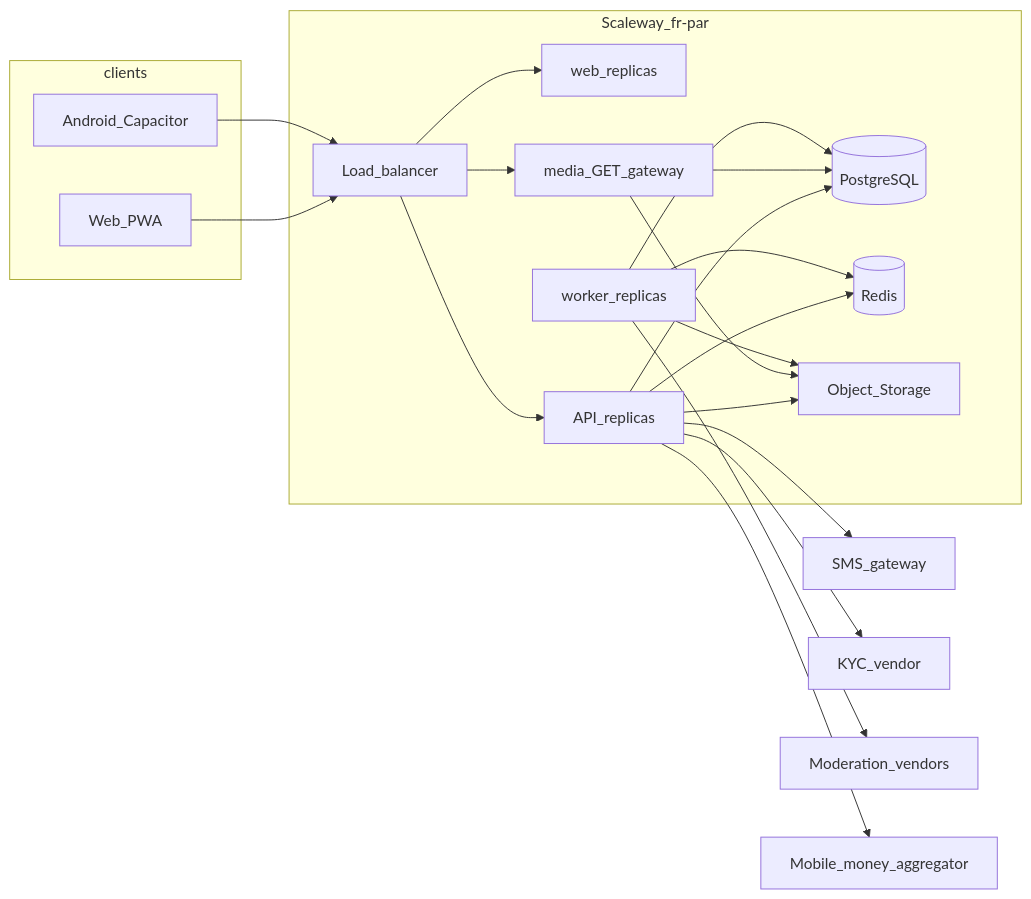
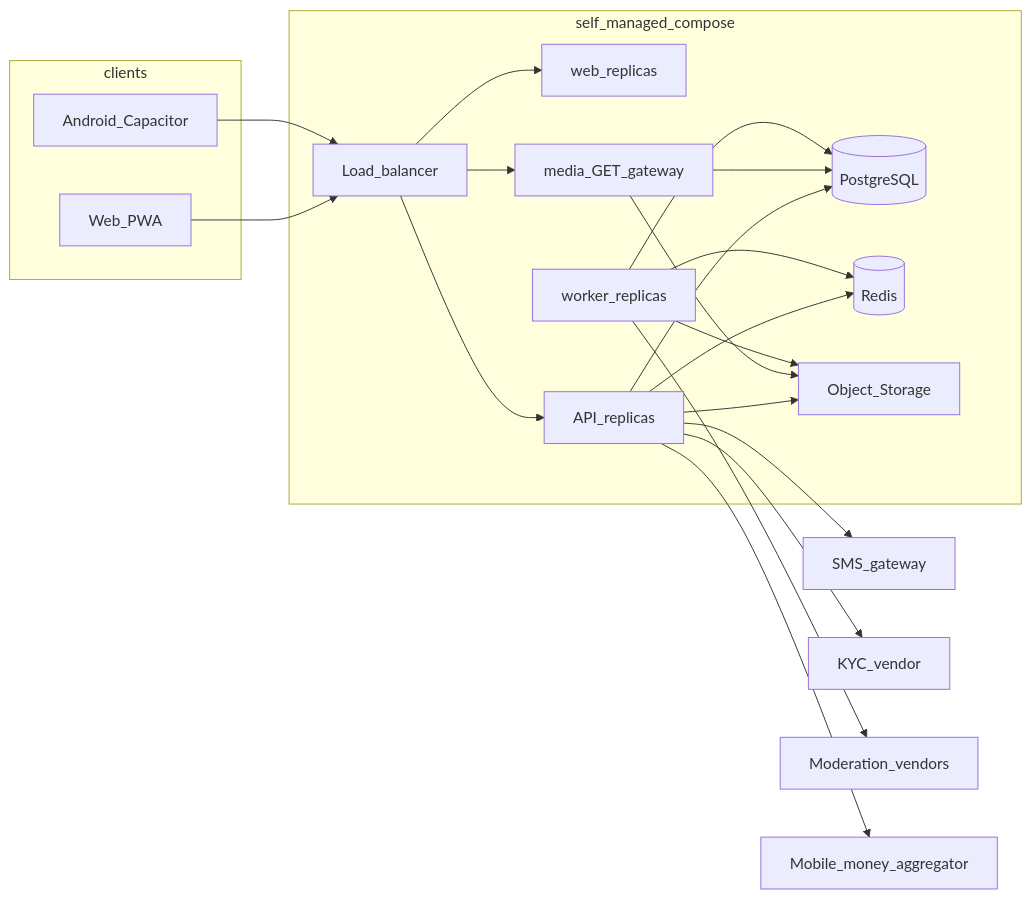
Before and after one commit to usfaa444/muslim-marriage-africa: the fifth of 5 diagrams in _bmad-output/planning-artifacts/architecture/architecture-muslim-marriage-africa-2026-09-27/ARCHITECTURE-SPINE.md, drawn with Mermaid. The commit also changed other lines of this file and 4 other files, not shown here.

Commit message:
Rewrite Story 1.8 to one self-managed compose environment after founder B2.

````diff
--- a/_bmad-output/planning-artifacts/architecture/architecture-muslim-marriage-africa-2026-09-27/ARCHITECTURE-SPINE.md
+++ b/_bmad-output/planning-artifacts/architecture/architecture-muslim-marriage-africa-2026-09-27/ARCHITECTURE-SPINE.md
@@ -360,38 +360,38 @@
 ```mermaid
 flowchart LR
   subgraph clients
     W[Web_PWA]
     A[Android_Capacitor]
   end
-  subgraph fr_par[Scaleway_fr-par]
+  subgraph compose[self_managed_compose]
     LB[Load_balancer]
     WEB[web_replicas]
     API[API_replicas]
     WK[worker_replicas]
     MG[media_GET_gateway]
     PG[(PostgreSQL)]
     RD[(Redis)]
     S3[Object_Storage]
   end
   SMS[SMS_gateway]
   KYC[KYC_vendor]
   AI[Moderation_vendors]
   MM[Mobile_money_aggregator]
   W --> LB
   A --> LB
   LB --> WEB
   LB --> API
   LB --> MG
   API --> PG
   API --> RD
   API --> S3
   MG --> PG
   MG --> S3
   WK --> PG
   WK --> RD
   WK --> S3
   API --> SMS
   API --> KYC
   WK --> AI
   API --> MM
 ```
````
